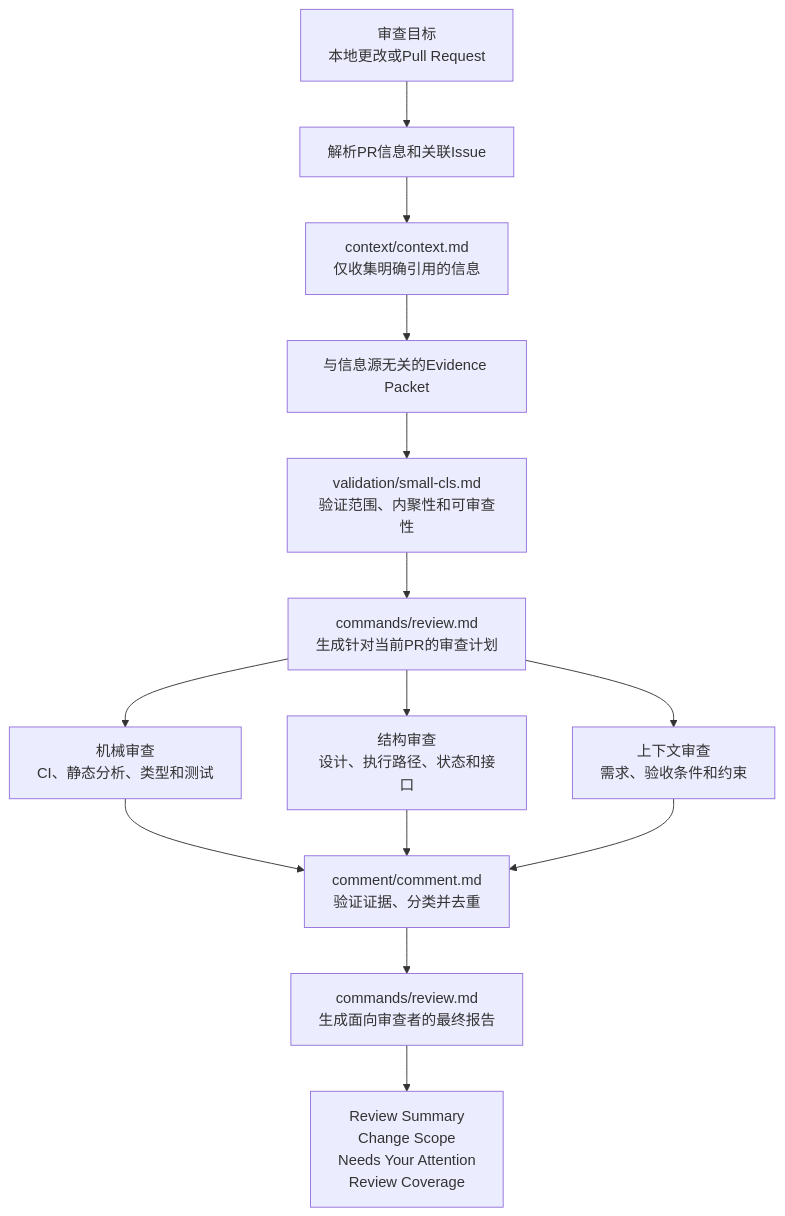
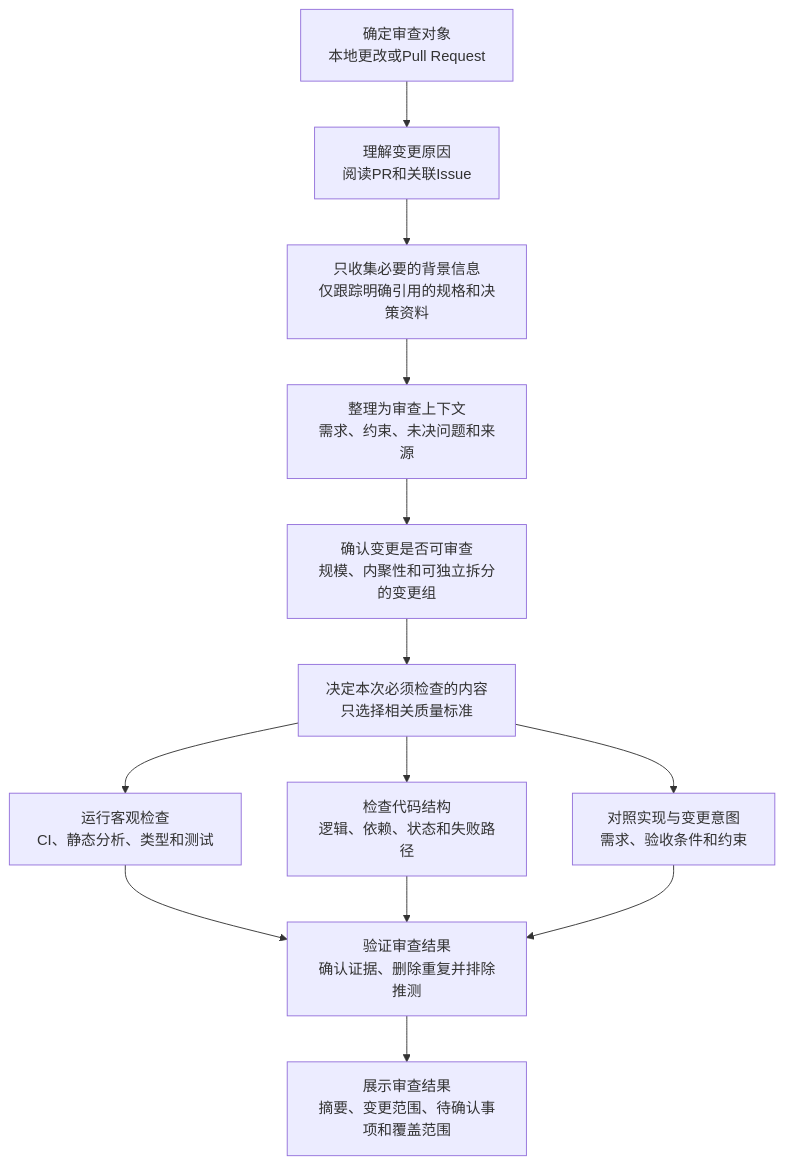
Before and after one commit to takuto-san/review: the diagram in README.zh-CN.md, drawn with Mermaid. The commit also changed 2 other files, not shown here.

Commit message:
docs: clarify review workflow diagrams

````diff
--- a/README.zh-CN.md
+++ b/README.zh-CN.md
@@ -17,19 +17,17 @@
 ```mermaid
 flowchart TD
-    A[审查目标<br/>本地更改或Pull Request] --> B[解析PR信息和关联Issue]
-    B --> C[context/context.md<br/>仅收集明确引用的信息]
-    C --> D[与信息源无关的Evidence Packet]
-    D --> E[validation/small-cls.md<br/>验证范围、内聚性和可审查性]
-    E --> F[commands/review.md<br/>生成针对当前PR的审查计划]
+    A[确定审查对象<br/>本地更改或Pull Request] --> B[理解变更原因<br/>阅读PR和关联Issue]
+    B --> C[只收集必要的背景信息<br/>仅跟踪明确引用的规格和决策资料]
+    C --> D[整理为审查上下文<br/>需求、约束、未决问题和来源]
+    D --> E[确认变更是否可审查<br/>规模、内聚性和可独立拆分的变更组]
+    E --> F[决定本次必须检查的内容<br/>只选择相关质量标准]
 
-    F --> G1[机械审查<br/>CI、静态分析、类型和测试]
-    F --> G2[结构审查<br/>设计、执行路径、状态和接口]
-    F --> G3[上下文审查<br/>需求、验收条件和约束]
+    F --> G1[运行客观检查<br/>CI、静态分析、类型和测试]
+    F --> G2[检查代码结构<br/>逻辑、依赖、状态和失败路径]
+    F --> G3[对照实现与变更意图<br/>需求、验收条件和约束]
 
-    G1 --> H[comment/comment.md<br/>验证证据、分类并去重]
+    G1 --> H[验证审查结果<br/>确认证据、删除重复并排除推测]
     G2 --> H
     G3 --> H
-
-    H --> I[commands/review.md<br/>生成面向审查者的最终报告]
-    I --> J[Review Summary<br/>Change Scope<br/>Needs Your Attention<br/>Review Coverage]
+    H --> I[展示审查结果<br/>摘要、变更范围、待确认事项和覆盖范围]
 ```
````
